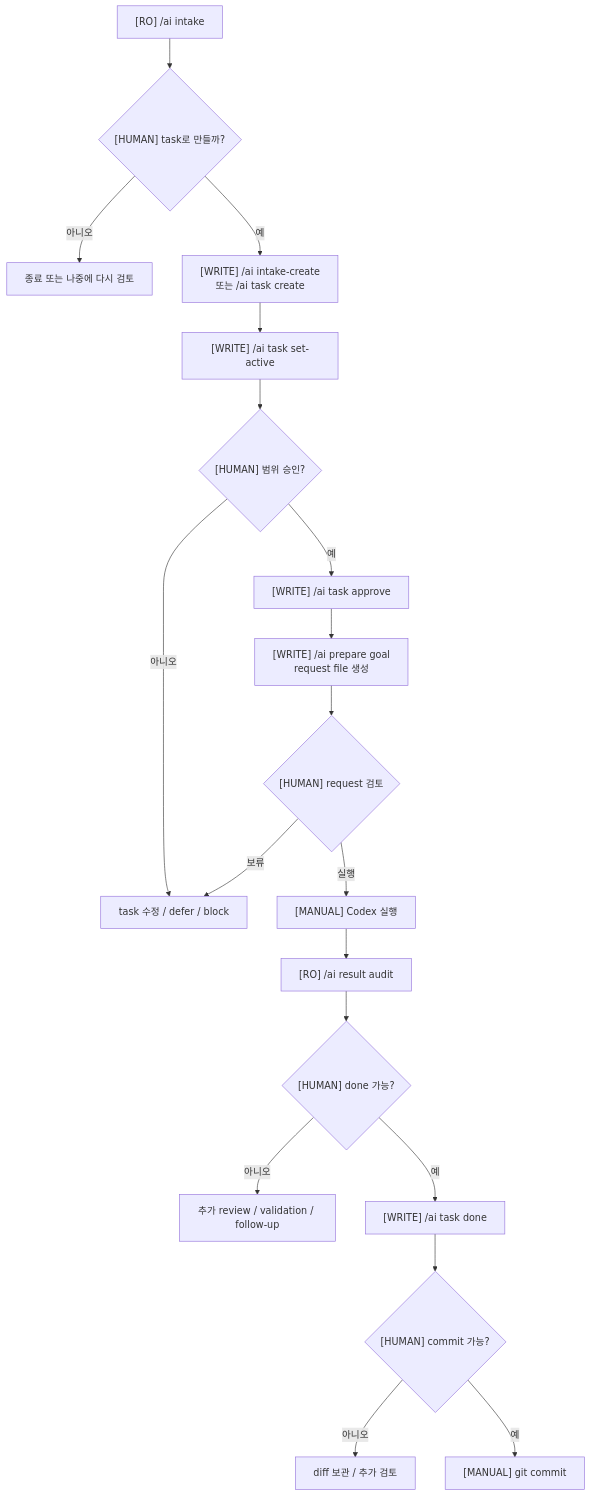
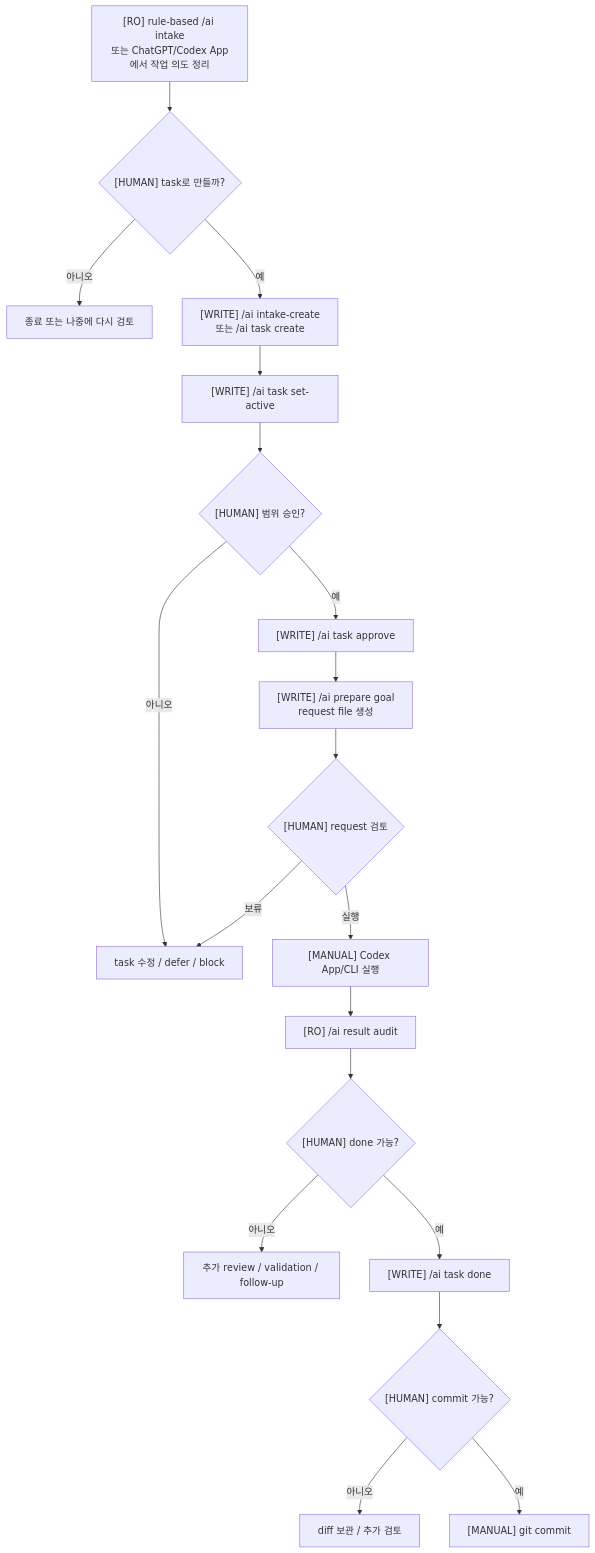
One commit to cv-918/play-ground changed the first of 5 diagrams in _Docs/AIWorkflow/AIWorkflow_Flowchart_KR.md. Above: the diagram before and after it, drawn with Mermaid. The commit also changed other lines of this file and 11 other files, not shown here.

Commit message:
chore: update AIWorkflow operating flow

````diff
--- a/_Docs/AIWorkflow/AIWorkflow_Flowchart_KR.md
+++ b/_Docs/AIWorkflow/AIWorkflow_Flowchart_KR.md
@@ -19,21 +19,21 @@
 ```mermaid
 flowchart TD
-    A["[RO] /ai intake"] --> B{"[HUMAN] task로 만들까?"}
+    A["[RO] rule-based /ai intake<br/>또는 ChatGPT/Codex App에서 작업 의도 정리"] --> B{"[HUMAN] task로 만들까?"}
     B -- 아니오 --> Z["종료 또는 나중에 다시 검토"]
     B -- 예 --> C["[WRITE] /ai intake-create<br/>또는 /ai task create"]
     C --> D["[WRITE] /ai task set-active"]
     D --> E{"[HUMAN] 범위 승인?"}
     E -- 아니오 --> E2["task 수정 / defer / block"]
     E -- 예 --> F["[WRITE] /ai task approve"]
     F --> G["[WRITE] /ai prepare goal<br/>request file 생성"]
     G --> H{"[HUMAN] request 검토"}
     H -- 보류 --> E2
-    H -- 실행 --> I["[MANUAL] Codex 실행"]
+    H -- 실행 --> I["[MANUAL] Codex App/CLI 실행"]
     I --> J["[RO] /ai result audit"]
     J --> K{"[HUMAN] done 가능?"}
     K -- 아니오 --> L["추가 review / validation / follow-up"]
     K -- 예 --> M["[WRITE] /ai task done"]
     M --> N{"[HUMAN] commit 가능?"}
     N -- 아니오 --> O["diff 보관 / 추가 검토"]
     N -- 예 --> P["[MANUAL] git commit"]
 ```
````
